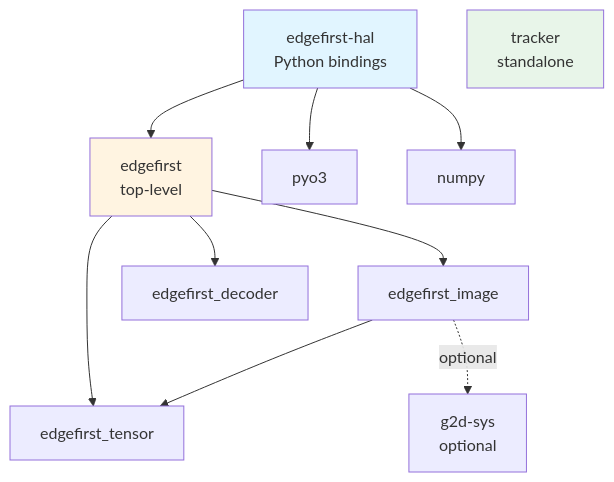
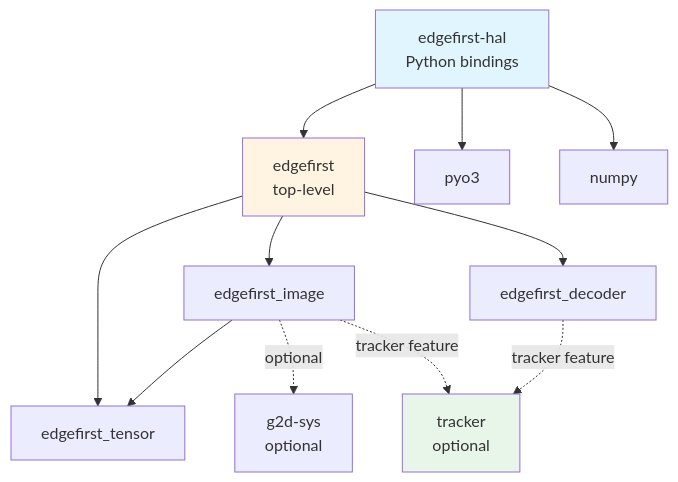
One commit to EdgeFirstAI/hal changed diagram 11 of 11 in README.md. Above: the diagram before and after it, drawn with Mermaid. The commit also changed other lines of this file and 21 other files, not shown here.

````diff
--- a/README.md
+++ b/README.md
@@ -854,28 +910,31 @@
 ```mermaid
 graph TD
     EF[edgefirst<br/>top-level]
     Tensor[edgefirst_tensor]
     Image[edgefirst_image]
     Decoder[edgefirst_decoder]
     G2D[g2d-sys<br/>optional]
     
     EF --> Tensor
     EF --> Image
     EF --> Decoder
     Image --> Tensor
     Image -.optional.-> G2D
     
     Python[edgefirst-hal<br/>Python bindings]
     PyO3[pyo3]
     Numpy[numpy]
     
     Python --> EF
     Python --> PyO3
     Python --> Numpy
     
-    Tracker[tracker<br/>standalone]
-    
+    Tracker[tracker<br/>optional]
+
+    Image -.->|tracker feature| Tracker
+    Decoder -.->|tracker feature| Tracker
+
     style EF fill:#fff4e1
     style Python fill:#e1f5ff
     style Tracker fill:#e8f5e9
 ```
````
